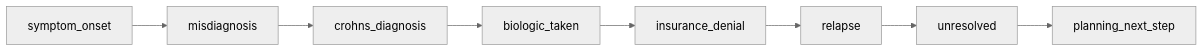
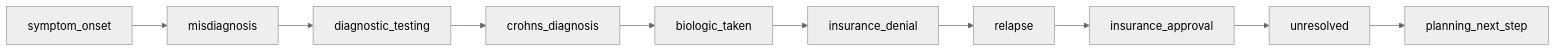
One commit to carecodeconnect/crohnicity changed diagram 36 of 50 in docs/referral_pathways.md. Above: the diagram before and after it, drawn with Mermaid. The commit also changed other lines of this file and 107 other files, not shown here.

````diff
--- a/docs/referral_pathways.md
+++ b/docs/referral_pathways.md
@@ -1274,19 +1323,23 @@
 ``` mermaid
 %%{init: {'theme':'neutral'}}%%
 flowchart LR
     n0["symptom_onset"]
     n1["misdiagnosis"]
-    n2["crohns_diagnosis"]
-    n3["biologic_taken"]
-    n4["insurance_denial"]
-    n5["relapse"]
-    n6["unresolved"]
-    n7["planning_next_step"]
+    n2["diagnostic_testing"]
+    n3["crohns_diagnosis"]
+    n4["biologic_taken"]
+    n5["insurance_denial"]
+    n6["relapse"]
+    n7["insurance_approval"]
+    n8["unresolved"]
+    n9["planning_next_step"]
     n0 -->n1
     n1 -->n2
     n2 -->n3
     n3 -->n4
     n4 -->n5
     n5 -->n6
     n6 -->n7
+    n7 -->n8
+    n8 -->n9
 ```
````
